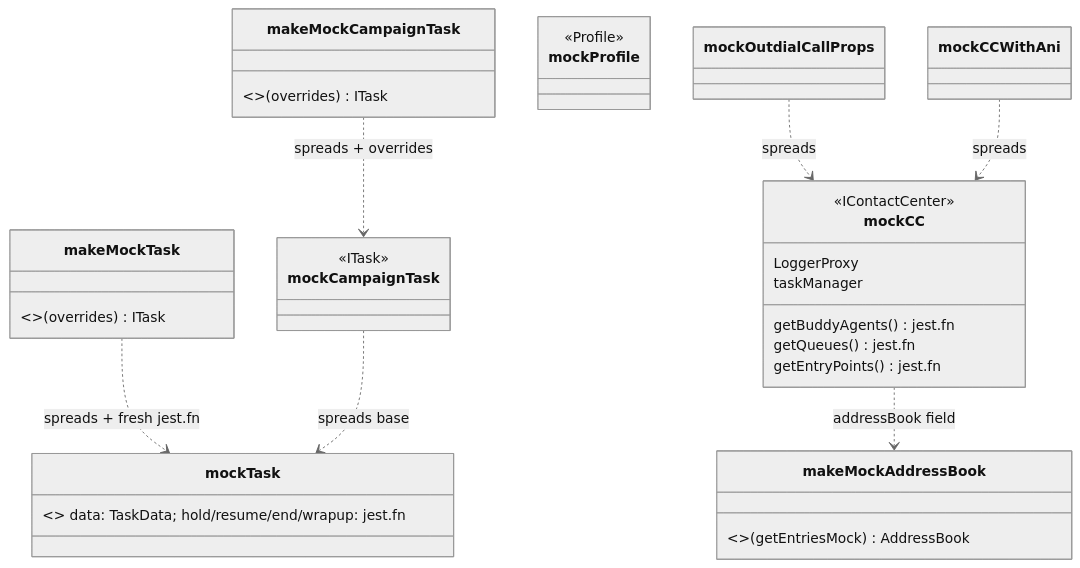
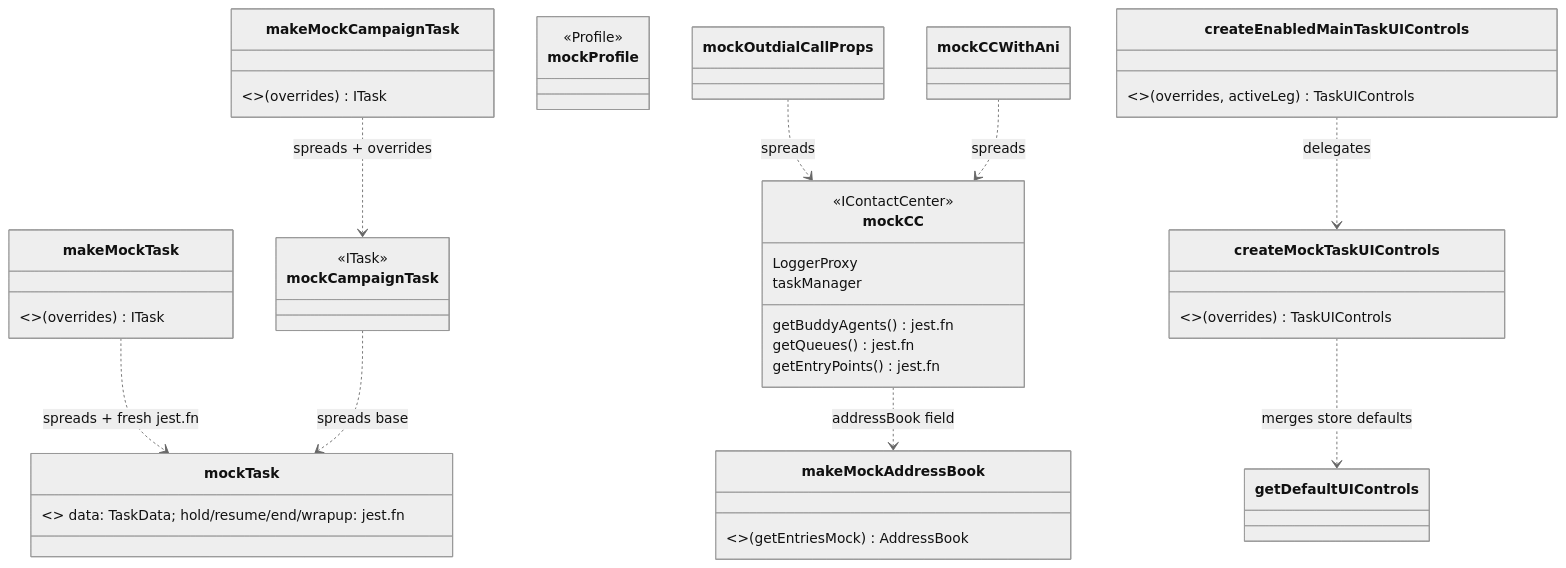
One commit to webex/widgets changed the third of 3 diagrams in packages/contact-center/test-fixtures/ai-docs/test-fixtures-spec.md. Above: the diagram before and after it, drawn with Mermaid (neutral theme). The commit also changed other lines of this file and 20 other files, not shown here.

````diff
--- a/packages/contact-center/test-fixtures/ai-docs/test-fixtures-spec.md
+++ b/packages/contact-center/test-fixtures/ai-docs/test-fixtures-spec.md
@@ -159,26 +189,30 @@
 ```mermaid
 classDiagram
     class mockCC {
         <<IContactCenter>>
         LoggerProxy
         taskManager
         getBuddyAgents() jest.fn
         getQueues() jest.fn
         getEntryPoints() jest.fn
     }
     class mockTask { <<ITask>> data: TaskData; hold/resume/end/wrapup: jest.fn }
     class makeMockTask { <<factory>> (overrides) ITask }
     class mockCampaignTask { <<ITask>> }
     class makeMockCampaignTask { <<factory>> (overrides) ITask }
     class mockProfile { <<Profile>> }
     class makeMockAddressBook { <<factory>> (getEntriesMock) AddressBook }
     class mockOutdialCallProps
     class mockCCWithAni
+    class createMockTaskUIControls { <<factory>> (overrides) TaskUIControls }
+    class createEnabledMainTaskUIControls { <<factory>> (overrides, activeLeg) TaskUIControls }
 
+    createEnabledMainTaskUIControls ..> createMockTaskUIControls : delegates
+    createMockTaskUIControls ..> getDefaultUIControls : merges store defaults
     makeMockTask ..> mockTask : spreads + fresh jest.fn
     makeMockCampaignTask ..> mockCampaignTask : spreads + overrides
     mockCampaignTask ..> mockTask : spreads base
     mockOutdialCallProps ..> mockCC : spreads
     mockCCWithAni ..> mockCC : spreads
     mockCC ..> makeMockAddressBook : addressBook field
 ```
````
